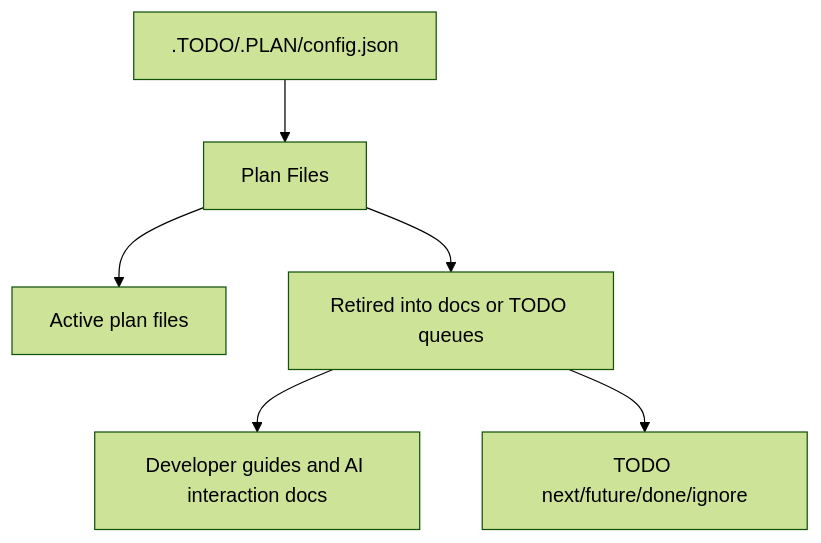
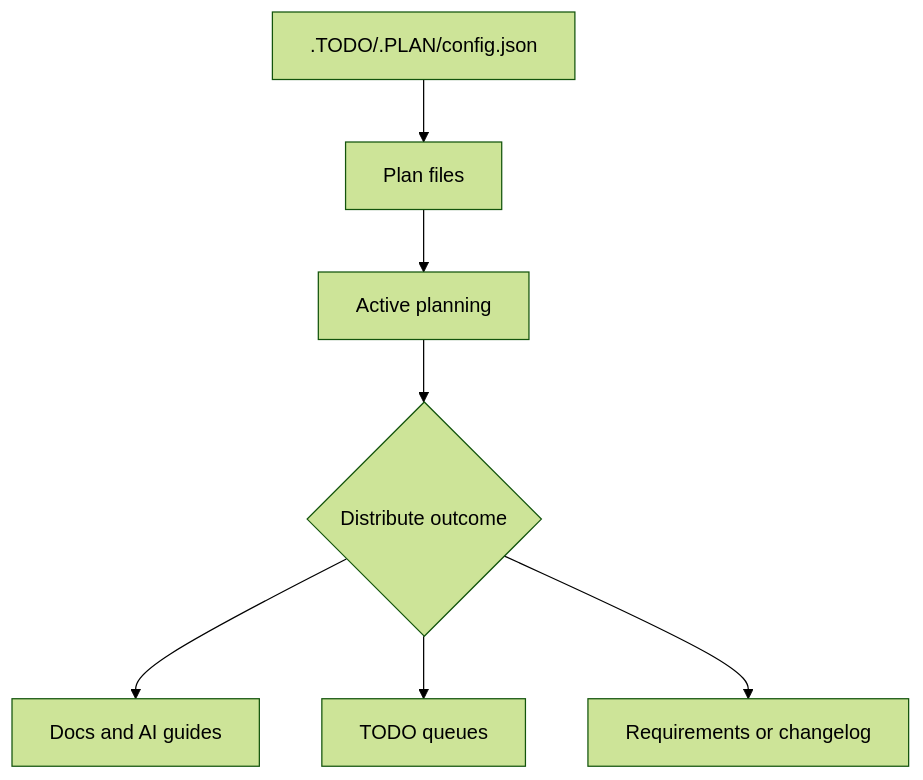
One commit to Nexthood/useclevr-production-2026 changed the diagram in docs/Developer_Guides/PLAN_MANAGEMENT.md. Above: the diagram before and after it, drawn with Mermaid (forest theme). The commit also changed 13 other files, not shown here.

````diff
--- a/docs/Developer_Guides/PLAN_MANAGEMENT.md
+++ b/docs/Developer_Guides/PLAN_MANAGEMENT.md
@@ -17,8 +17,9 @@
 ```mermaid
 flowchart TD
-    Config[.TODO/.PLAN/config.json] --> Plans[Plan Files]
-    Plans --> Active[Active plan files]
-    Plans --> Retired[Retired into docs or TODO queues]
-    Retired --> Docs[Developer guides and AI interaction docs]
-    Retired --> Todos[TODO next/future/done/ignore]
+    Config[.TODO/.PLAN/config.json] --> Plans[Plan files]
+    Plans --> Active[Active planning]
+    Active --> Distributed{Distribute outcome}
+    Distributed --> Docs[Docs and AI guides]
+    Distributed --> Todos[TODO queues]
+    Distributed --> Requirements[Requirements or changelog]
 ```
````
